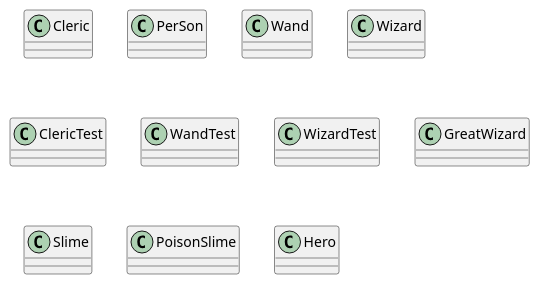
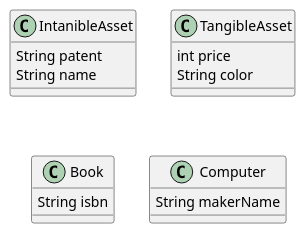
One commit to SurvivalCodingCampus/polytech_java_study changed the diagram in src/main/java/com/survivalcoding/gameme.puml. Above: the diagram before and after it, drawn with PlantUML. The commit also changed 1 other file, not shown here.

```diff
--- a/src/main/java/com/survivalcoding/gameme.puml
+++ b/src/main/java/com/survivalcoding/gameme.puml
@@ -1,30 +1,24 @@
 @startuml
 'https://plantuml.com/class-diagram
 
 scale 1
 
-class Cleric{
-}
-class PerSon{
-}
-class Wand{
-}
-class Wizard{
-}
-class ClericTest{
-}
-class WandTest{
-}
-class WizardTest{
-}
-class GreatWizard{
-}
-class Slime{
-}
-class PoisonSlime{
-}
-class Hero{
+class IntanibleAsset{
+    String patent
+    String name
 }
 
+class TangibleAsset{
+    int price
+    String color
+}
+
+class Book {
+    String isbn
+}
+
+class Computer {
+    String makerName
+}
 
 @enduml
```
